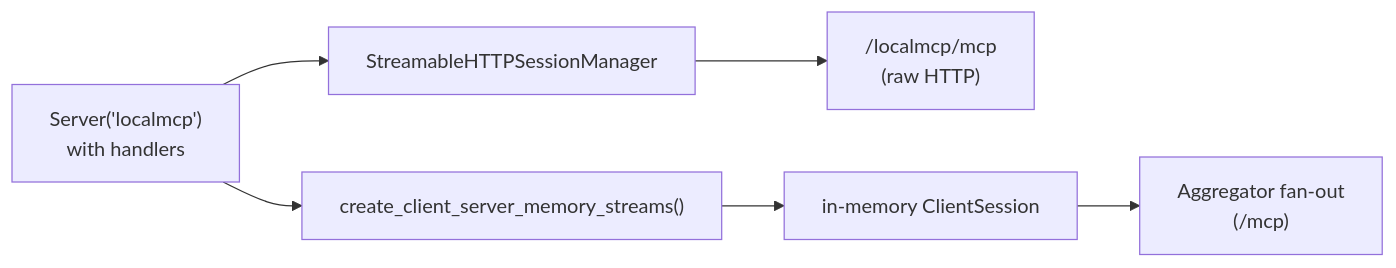
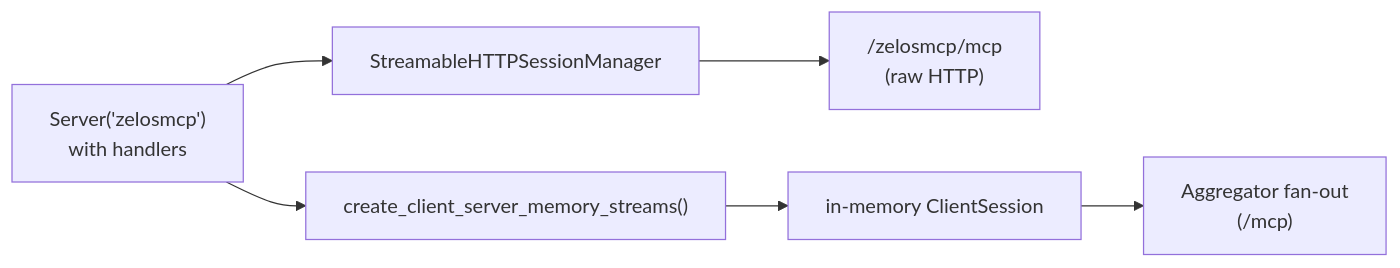
The fourth of 6 diagrams in docs/architecture.md (kmechlin/zelosmcp), drawn with Mermaid before and after one commit. The commit also changed other lines of this file and 52 other files, not shown here.

````diff
--- a/docs/architecture.md
+++ b/docs/architecture.md
@@ -124,8 +124,8 @@
 ```mermaid
 flowchart LR
-  srv["Server('localmcp')\nwith handlers"] --> shsm["StreamableHTTPSessionManager"]
+  srv["Server('zelosmcp')\nwith handlers"] --> shsm["StreamableHTTPSessionManager"]
   srv --> mem["create_client_server_memory_streams()"]
-  shsm --> directRoute["/localmcp/mcp\n(raw HTTP)"]
+  shsm --> directRoute["/zelosmcp/mcp\n(raw HTTP)"]
   mem --> client["in-memory ClientSession"]
   client --> aggregator["Aggregator fan-out\n(/mcp)"]
 ```
````
